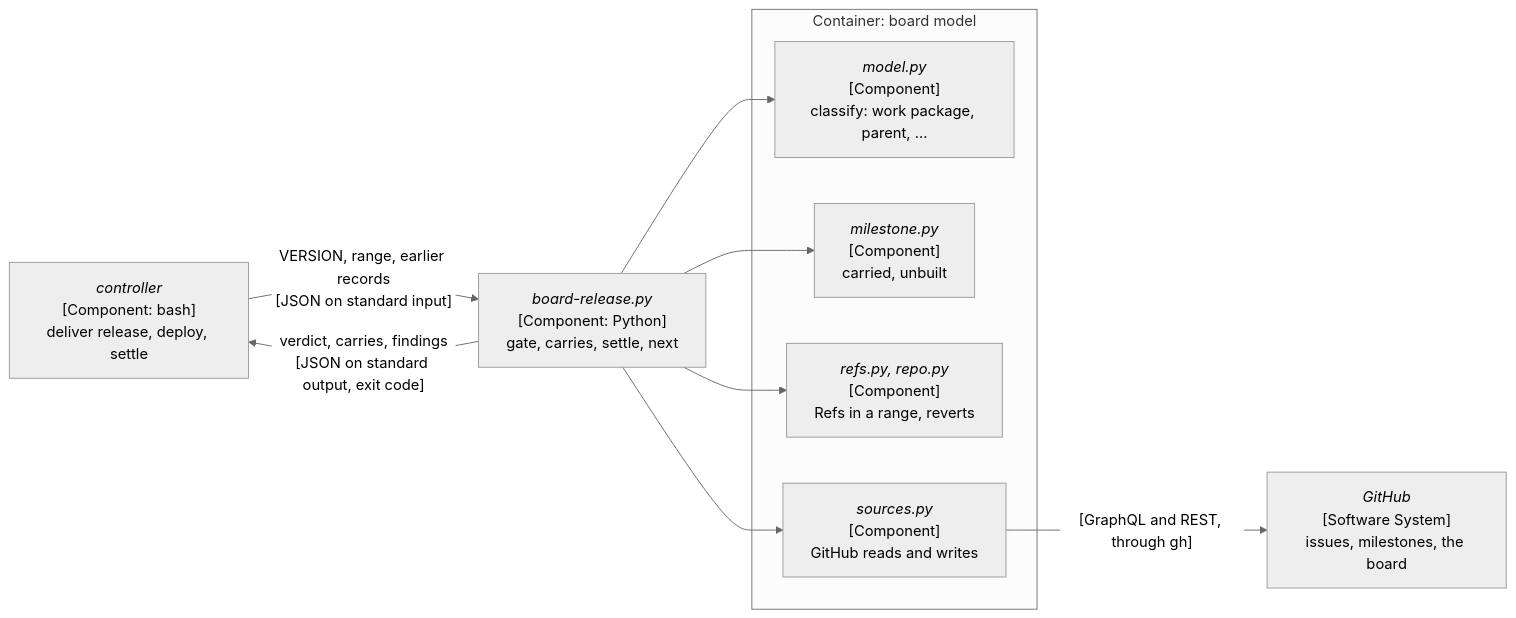
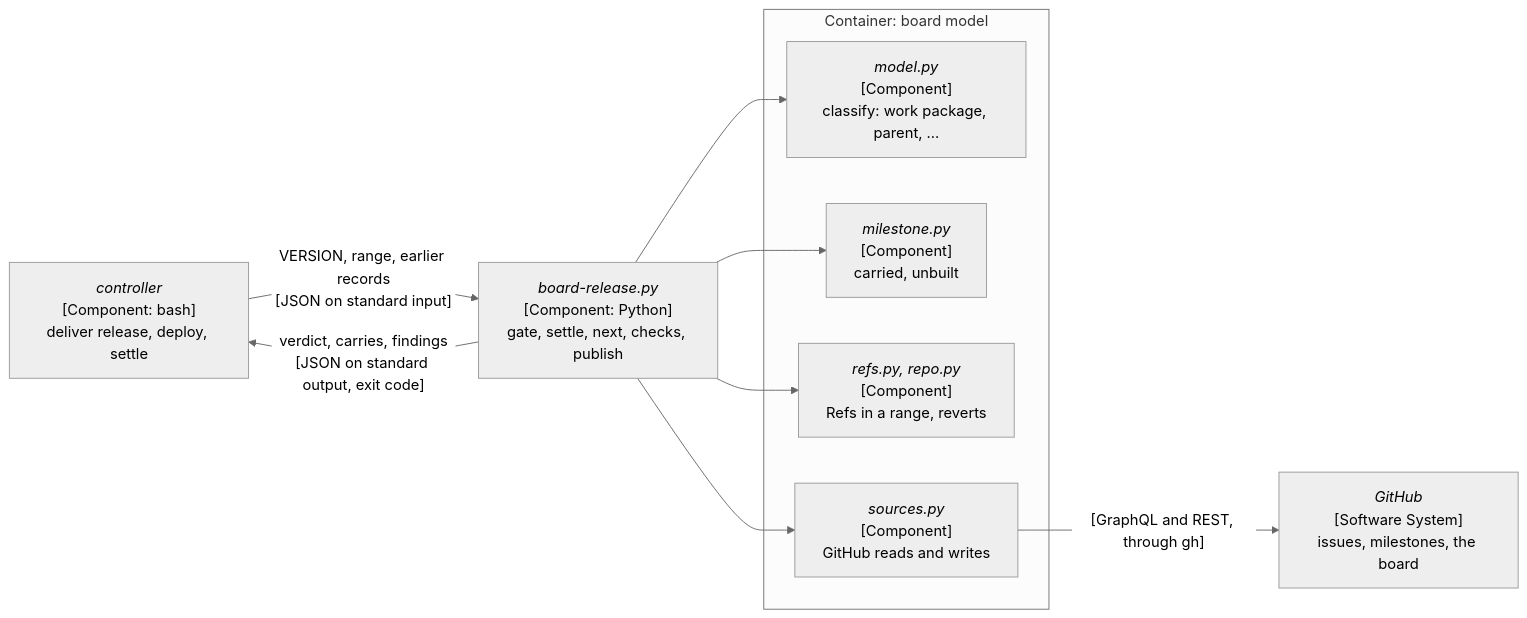
One commit to delphside/programme changed the sixth of 6 diagrams in records/2.5-changes/programme-tooling/117-generic-deliver-tool/design.md. Above: the diagram before and after it, drawn with Mermaid (neutral theme). The commit also changed other lines of this file, not shown here.

First line of the commit message:
Change 117: the board model is deliver's GitHub adapter

````diff
--- a/records/2.5-changes/programme-tooling/117-generic-deliver-tool/design.md
+++ b/records/2.5-changes/programme-tooling/117-generic-deliver-tool/design.md
@@ -608,19 +608,19 @@
 ```mermaid
 flowchart LR
   CTL["<i>controller</i><br>[Component: bash]<br>deliver release, deploy, settle"]
-  BR["<i>board-release.py</i><br>[Component: Python]<br>gate, carries, settle, next"]
+  BR["<i>board-release.py</i><br>[Component: Python]<br>gate, settle, next, checks, publish"]
   subgraph MODEL["Container: board model"]
     M["<i>model.py</i><br>[Component]<br>classify: work package, parent, ..."]
     MS["<i>milestone.py</i><br>[Component]<br>carried, unbuilt"]
     RF["<i>refs.py, repo.py</i><br>[Component]<br>Refs in a range, reverts"]
     SRC["<i>sources.py</i><br>[Component]<br>GitHub reads and writes"]
   end
   GH["<i>GitHub</i><br>[Software System]<br>issues, milestones, the board"]
   CTL -->|"VERSION, range, earlier records<br>[JSON on standard input]"| BR
   BR -->|"verdict, carries, findings<br>[JSON on standard output, exit code]"| CTL
   BR --> M
   BR --> MS
   BR --> RF
   BR --> SRC
   SRC -->|"[GraphQL and REST, through gh]"| GH
 ```
````
